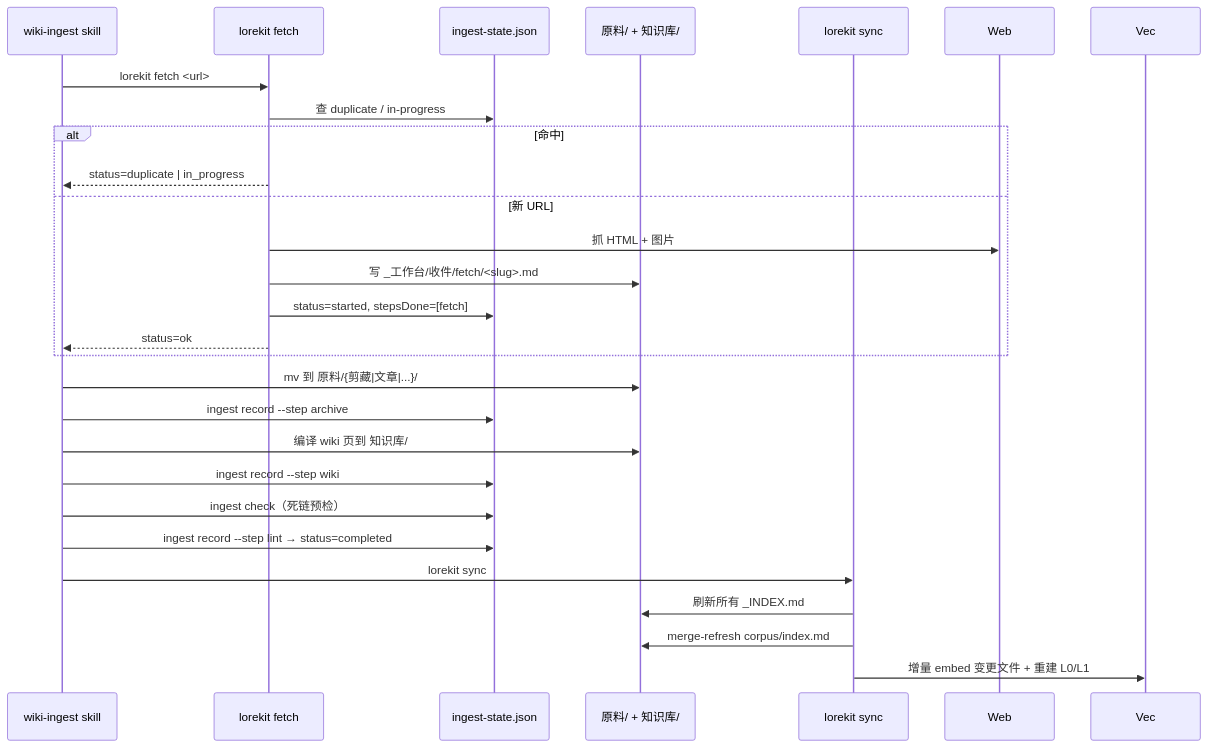
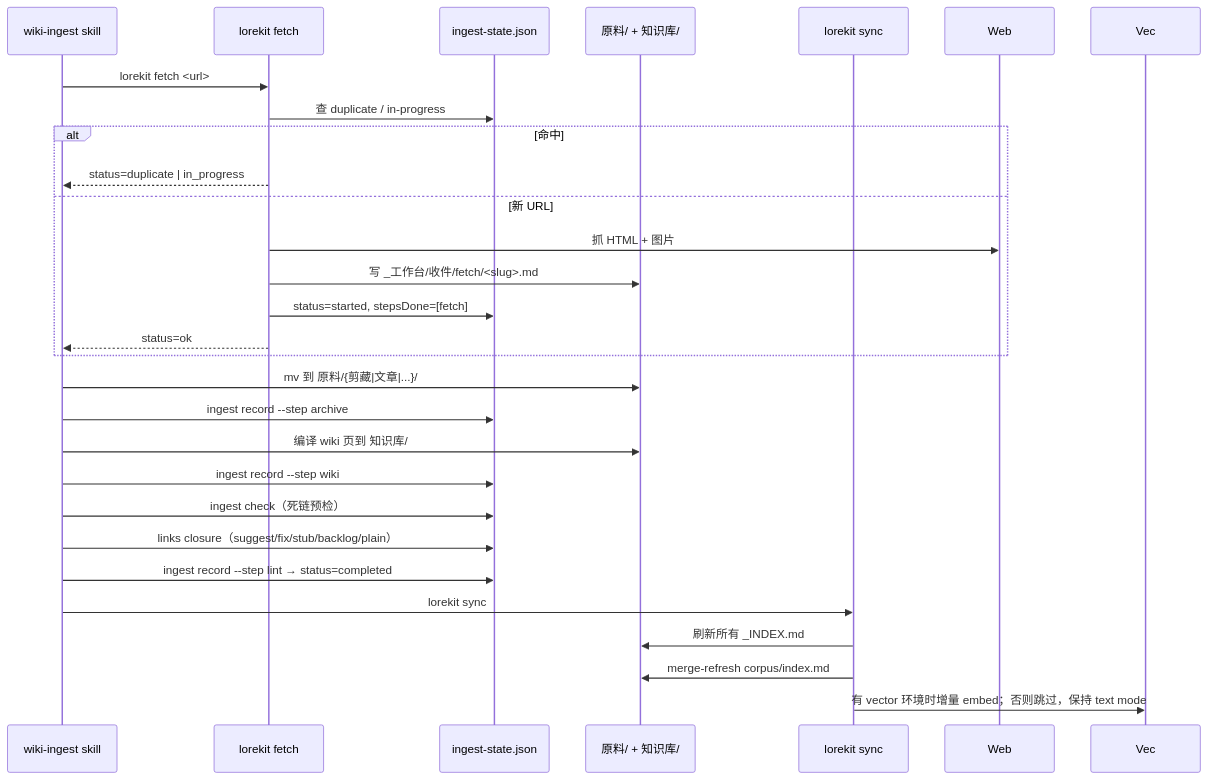
One commit to GYF0311/lorekit changed the second of 4 diagrams in docs/ARCHITECTURE.md. Above: the diagram before and after it, drawn with Mermaid. The commit also changed other lines of this file and 37 other files, not shown here.

Commit message:
feat: add links closure and P0 corpus gates

````diff
--- a/docs/ARCHITECTURE.md
+++ b/docs/ARCHITECTURE.md
@@ -57,29 +57,30 @@
 ```mermaid
 sequenceDiagram
   participant Agent as wiki-ingest skill
   participant Fetch as lorekit fetch
   participant State as ingest-state.json
   participant Disk as 原料/ + 知识库/
   participant Sync as lorekit sync
 
   Agent->>Fetch: lorekit fetch <url>
   Fetch->>State: 查 duplicate / in-progress
   alt 命中
     Fetch-->>Agent: status=duplicate | in_progress
   else 新 URL
     Fetch->>Web: 抓 HTML + 图片
     Fetch->>Disk: 写 _工作台/收件/fetch/<slug>.md
     Fetch->>State: status=started, stepsDone=[fetch]
     Fetch-->>Agent: status=ok
   end
   Agent->>Disk: mv 到 原料/{剪藏|文章|...}/
   Agent->>State: ingest record --step archive
   Agent->>Disk: 编译 wiki 页到 知识库/
   Agent->>State: ingest record --step wiki
   Agent->>State: ingest check（死链预检）
+  Agent->>State: links closure（suggest/fix/stub/backlog/plain）
   Agent->>State: ingest record --step lint → status=completed
   Agent->>Sync: lorekit sync
   Sync->>Disk: 刷新所有 _INDEX.md
   Sync->>Disk: merge-refresh corpus/index.md
-  Sync->>Vec: 增量 embed 变更文件 + 重建 L0/L1
+  Sync->>Vec: 有 vector 环境时增量 embed；否则跳过，保持 text mode
 ```
````
